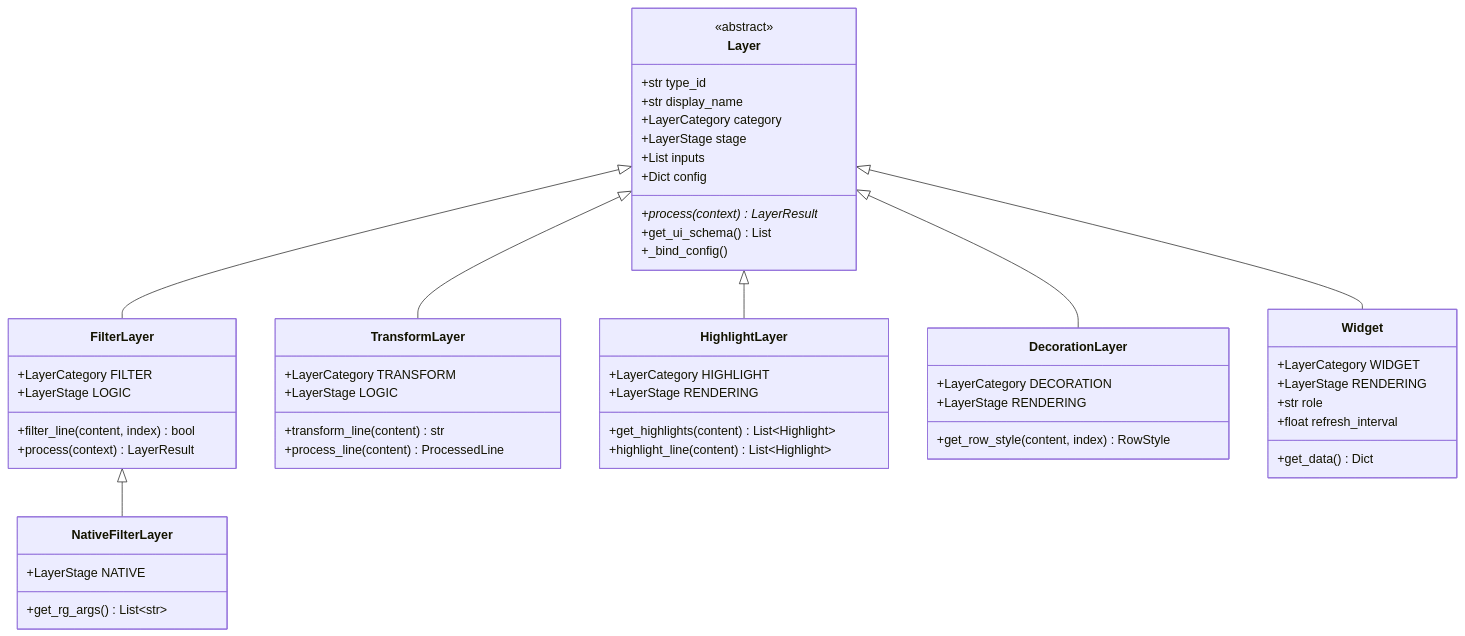
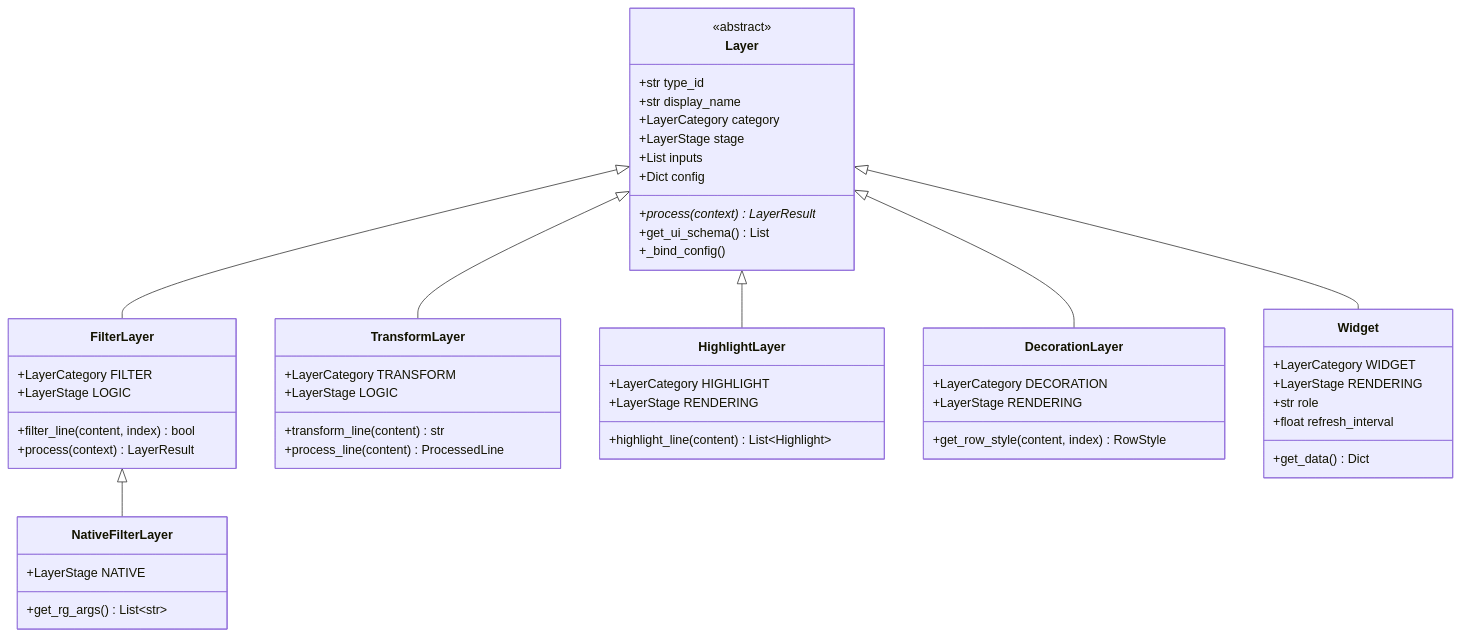
One commit to qmjianda/loglayer changed diagram 13 of 25 in megatron_mermaid.md. Above: the diagram before and after it, drawn with Mermaid. The commit also changed other lines of this file, not shown here.

First line of the commit message:
docs: 修正 megatron_mermaid.md 文档与代码不一致之处

````diff
--- a/megatron_mermaid.md
+++ b/megatron_mermaid.md
@@ -763,62 +774,61 @@
 ```mermaid
 classDiagram
     class Layer {
         <<abstract>>
         +str type_id
         +str display_name
         +LayerCategory category
         +LayerStage stage
         +List inputs
         +Dict config
         +process(context) LayerResult*
         +get_ui_schema() List
         +_bind_config()
     }
     
     class FilterLayer {
         +LayerCategory FILTER
         +LayerStage LOGIC
         +filter_line(content, index) bool
         +process(context) LayerResult
     }
     
     class NativeFilterLayer {
         +LayerStage NATIVE
         +get_rg_args() List~str~
     }
     
     class TransformLayer {
         +LayerCategory TRANSFORM
         +LayerStage LOGIC
         +transform_line(content) str
         +process_line(content) ProcessedLine
     }
     
     class HighlightLayer {
         +LayerCategory HIGHLIGHT
         +LayerStage RENDERING
-        +get_highlights(content) List~Highlight~
         +highlight_line(content) List~Highlight~
     }
     
     class DecorationLayer {
         +LayerCategory DECORATION
         +LayerStage RENDERING
         +get_row_style(content, index) RowStyle
     }
     
     class Widget {
         +LayerCategory WIDGET
         +LayerStage RENDERING
         +str role
         +float refresh_interval
         +get_data() Dict
     }
     
     Layer <|-- FilterLayer
     FilterLayer <|-- NativeFilterLayer
     Layer <|-- TransformLayer
     Layer <|-- HighlightLayer
     Layer <|-- DecorationLayer
     Layer <|-- Widget
 ```
````
